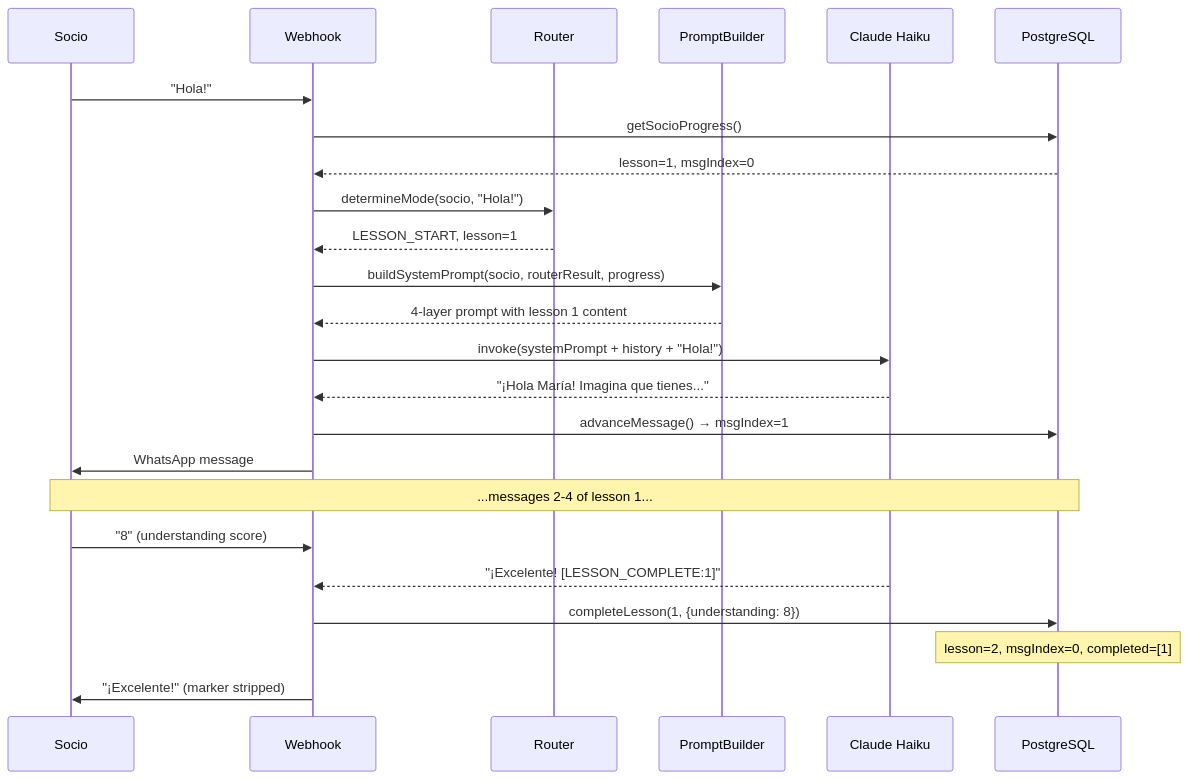
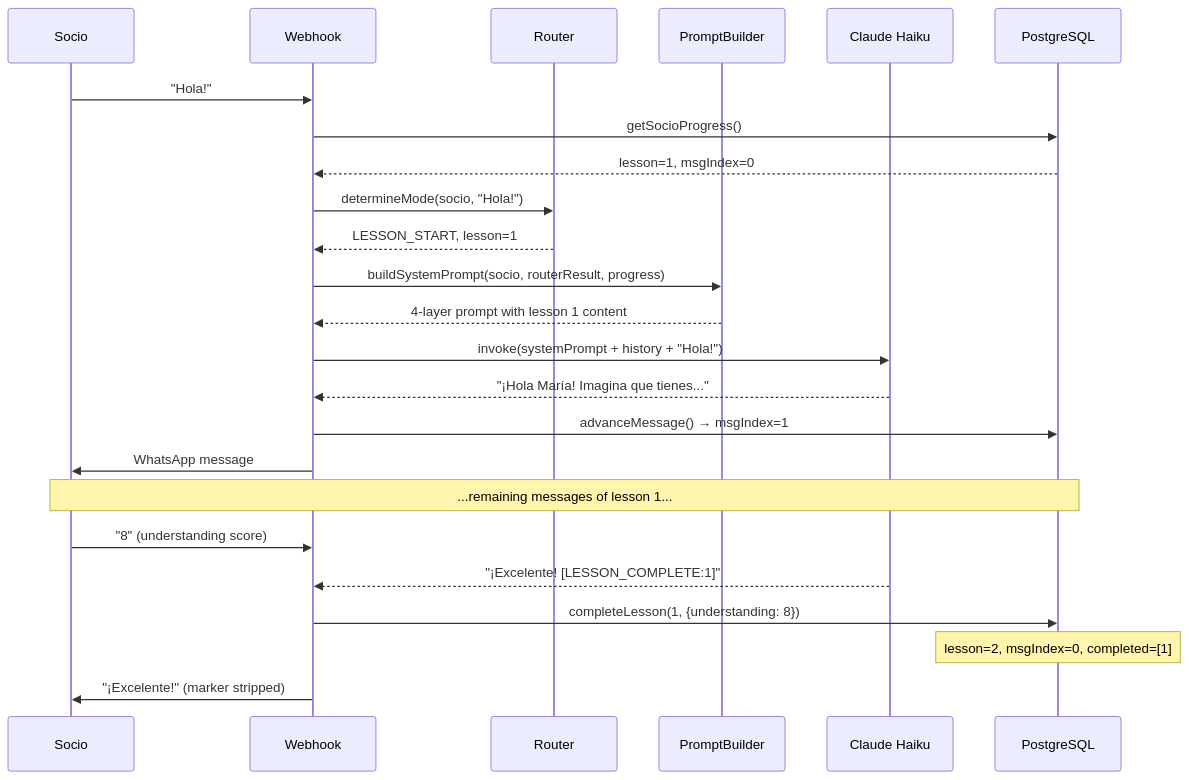
Before and after one commit to Mentors-International-Chatbot/MI-AI-Mentorship-Tool: the second of 2 diagrams in .cursor/plans/lesson_delivery_pipeline_68ec0a49.plan.md, drawn with Mermaid. The commit also changed other lines of this file, not shown here.

````diff
--- a/.cursor/plans/lesson_delivery_pipeline_68ec0a49.plan.md
+++ b/.cursor/plans/lesson_delivery_pipeline_68ec0a49.plan.md
@@ -207,29 +249,29 @@
 ```mermaid
 sequenceDiagram
     participant S as Socio
     participant W as Webhook
     participant R as Router
     participant B as PromptBuilder
     participant AI as Claude Haiku
     participant DB as PostgreSQL
 
     S->>W: "Hola!"
     W->>DB: getSocioProgress()
     DB-->>W: lesson=1, msgIndex=0
     W->>R: determineMode(socio, "Hola!")
     R-->>W: LESSON_START, lesson=1
     W->>B: buildSystemPrompt(socio, routerResult, progress)
     B-->>W: 4-layer prompt with lesson 1 content
     W->>AI: invoke(systemPrompt + history + "Hola!")
     AI-->>W: "¡Hola María! Imagina que tienes..."
     W->>DB: advanceMessage() → msgIndex=1
     W->>S: WhatsApp message
 
-    Note over S,DB: ...messages 2-4 of lesson 1...
+    Note over S,DB: ...remaining messages of lesson 1...
 
     S->>W: "8" (understanding score)
     AI-->>W: "¡Excelente! [LESSON_COMPLETE:1]"
     W->>DB: completeLesson(1, {understanding: 8})
     Note over DB: lesson=2, msgIndex=0, completed=[1]
     W->>S: "¡Excelente!" (marker stripped)
 ```
````
